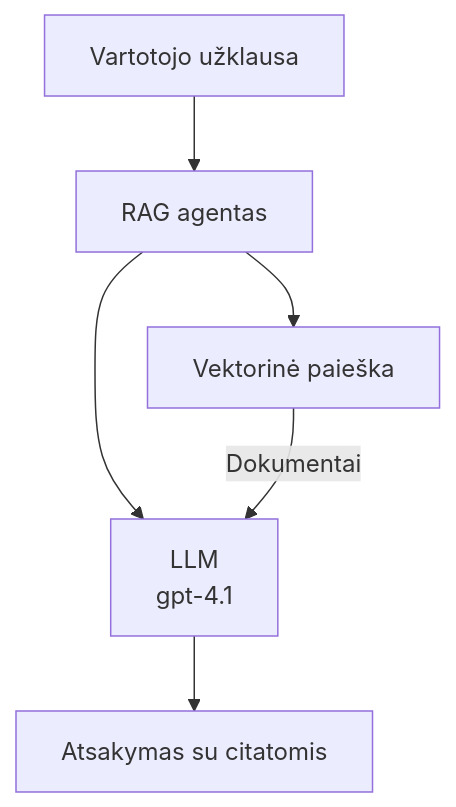
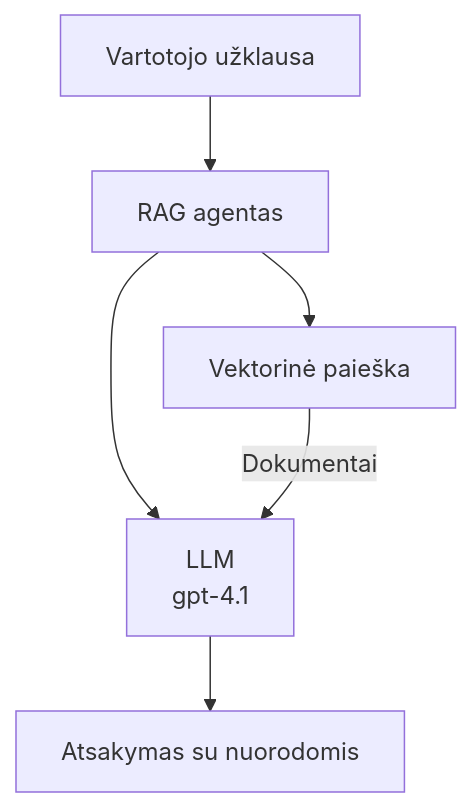
The second of 3 diagrams in translations/lt/docs/chapter-02-ai-development/agents.md (microsoft/AZD-for-beginners), drawn with Mermaid before and after one commit. The commit also changed other lines of this file and 101 other files, not shown here.

````diff
--- a/translations/lt/docs/chapter-02-ai-development/agents.md
+++ b/translations/lt/docs/chapter-02-ai-development/agents.md
@@ -170,8 +175,8 @@
 ```mermaid
 graph TD
     Query[Vartotojo užklausa] --> RAG[RAG agentas]
     RAG --> Vector[Vektorinė paieška]
     RAG --> LLM[LLM<br/>gpt-4.1]
     Vector -- Dokumentai --> LLM
-    LLM --> Response[Atsakymas su citatomis]
+    LLM --> Response[Atsakymas su nuorodomis]
 ```
````
